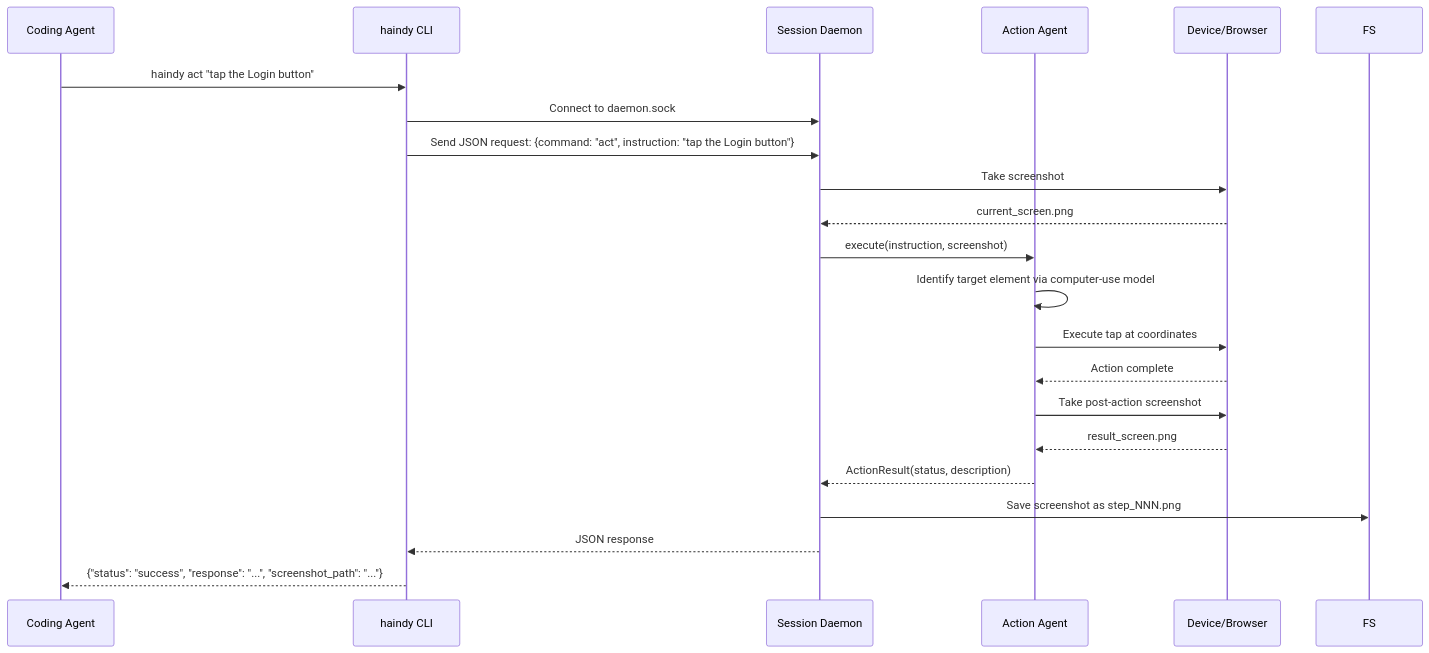
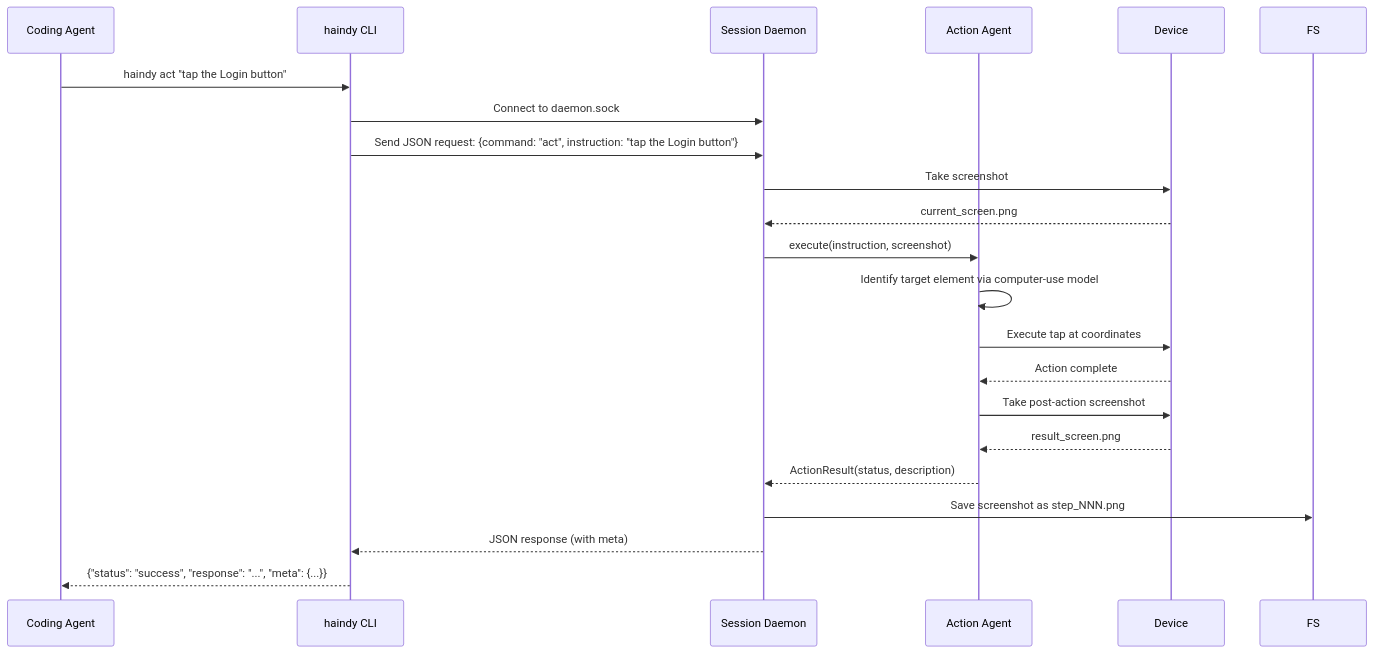
One commit to Haindy/haindy changed the third of 4 diagrams in docs/design/tool-call-mode/SESSION_DAEMON.md. Above: the diagram before and after it, drawn with Mermaid. The commit also changed other lines of this file and 3 other files, not shown here.

````diff
--- a/docs/design/tool-call-mode/SESSION_DAEMON.md
+++ b/docs/design/tool-call-mode/SESSION_DAEMON.md
@@ -70,24 +70,24 @@
 ```mermaid
 sequenceDiagram
     participant CA as Coding Agent
     participant CLI as haindy CLI
     participant D as Session Daemon
     participant AA as Action Agent
-    participant DEV as Device/Browser
+    participant DEV as Device
 
     CA->>CLI: haindy act "tap the Login button"
     CLI->>D: Connect to daemon.sock
     CLI->>D: Send JSON request: {command: "act", instruction: "tap the Login button"}
     D->>DEV: Take screenshot
     DEV-->>D: current_screen.png
     D->>AA: execute(instruction, screenshot)
     AA->>AA: Identify target element via computer-use model
     AA->>DEV: Execute tap at coordinates
     DEV-->>AA: Action complete
     AA->>DEV: Take post-action screenshot
     DEV-->>AA: result_screen.png
     AA-->>D: ActionResult(status, description)
     D->>FS: Save screenshot as step_NNN.png
-    D-->>CLI: JSON response
-    CLI-->>CA: {"status": "success", "response": "...", "screenshot_path": "..."}
+    D-->>CLI: JSON response (with meta)
+    CLI-->>CA: {"status": "success", "response": "...", "meta": {...}}
 ```
````
